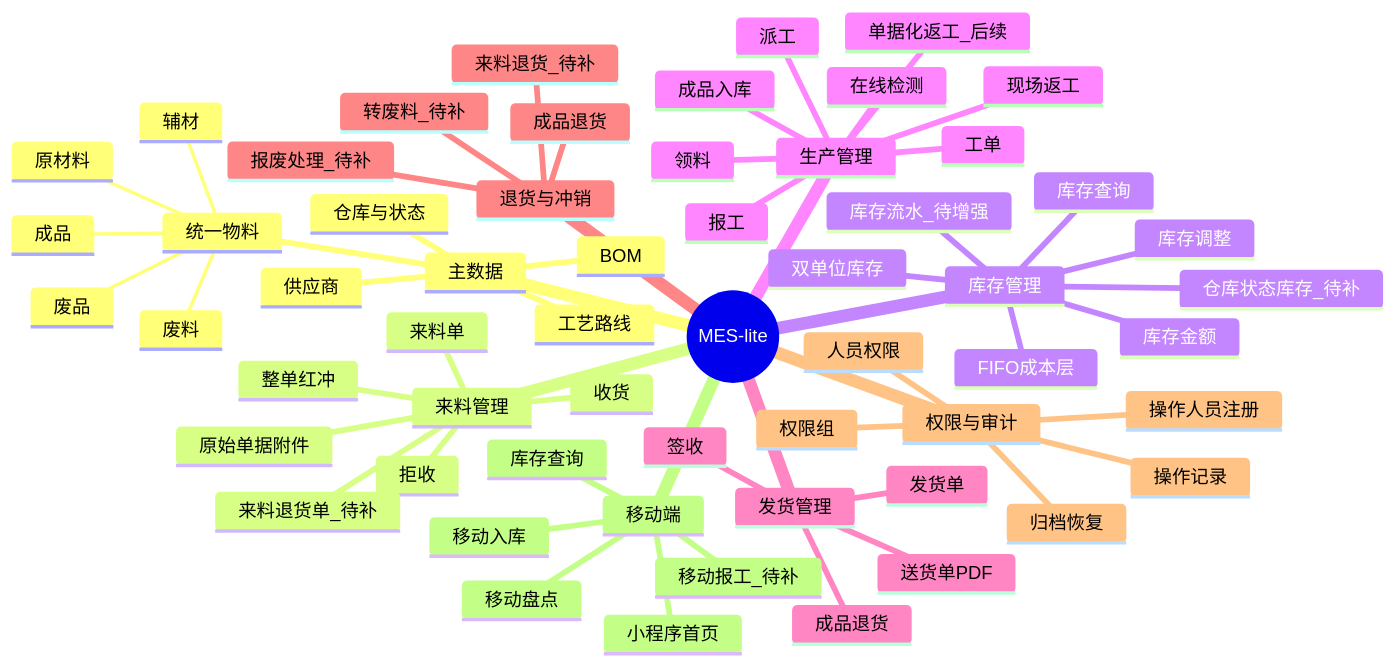
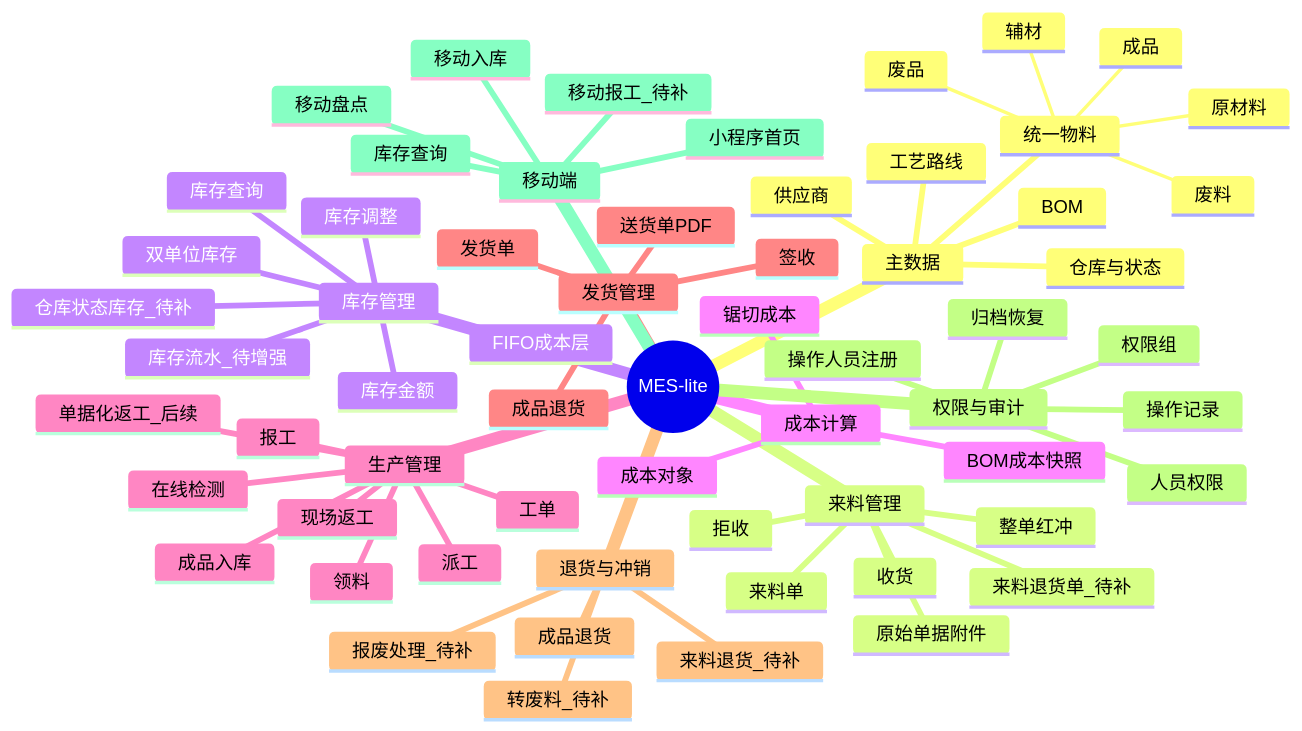
Before and after one commit to goldf2/mes-lite: the first of 10 diagrams in docs/minierp/system-function-flow.md, drawn with Mermaid. The commit also changed other lines of this file and 16 other files, not shown here.

````diff
--- a/docs/minierp/system-function-flow.md
+++ b/docs/minierp/system-function-flow.md
@@ -16,61 +16,65 @@
 ```mermaid
 mindmap
   root((MES-lite))
     主数据
       统一物料
         原材料
         成品
         辅材
         废料
         废品
       供应商
       BOM
       工艺路线
       仓库与状态
     来料管理
       来料单
       原始单据附件
       收货
       拒收
       整单红冲
       来料退货单_待补
     库存管理
       库存查询
       双单位库存
       库存金额
       FIFO成本层
       库存调整
       库存流水_待增强
       仓库状态库存_待补
+    成本计算
+      锯切成本
+      成本对象
+      BOM成本快照
     生产管理
       工单
       领料
       派工
       报工
       在线检测
       现场返工
       成品入库
       单据化返工_后续
     发货管理
       发货单
       送货单PDF
       签收
       成品退货
     退货与冲销
       成品退货
       来料退货_待补
       报废处理_待补
       转废料_待补
     权限与审计
       操作人员注册
       人员权限
       权限组
       操作记录
       归档恢复
     移动端
       小程序首页
       库存查询
       移动入库
       移动盘点
       移动报工_待补
 ```
````
